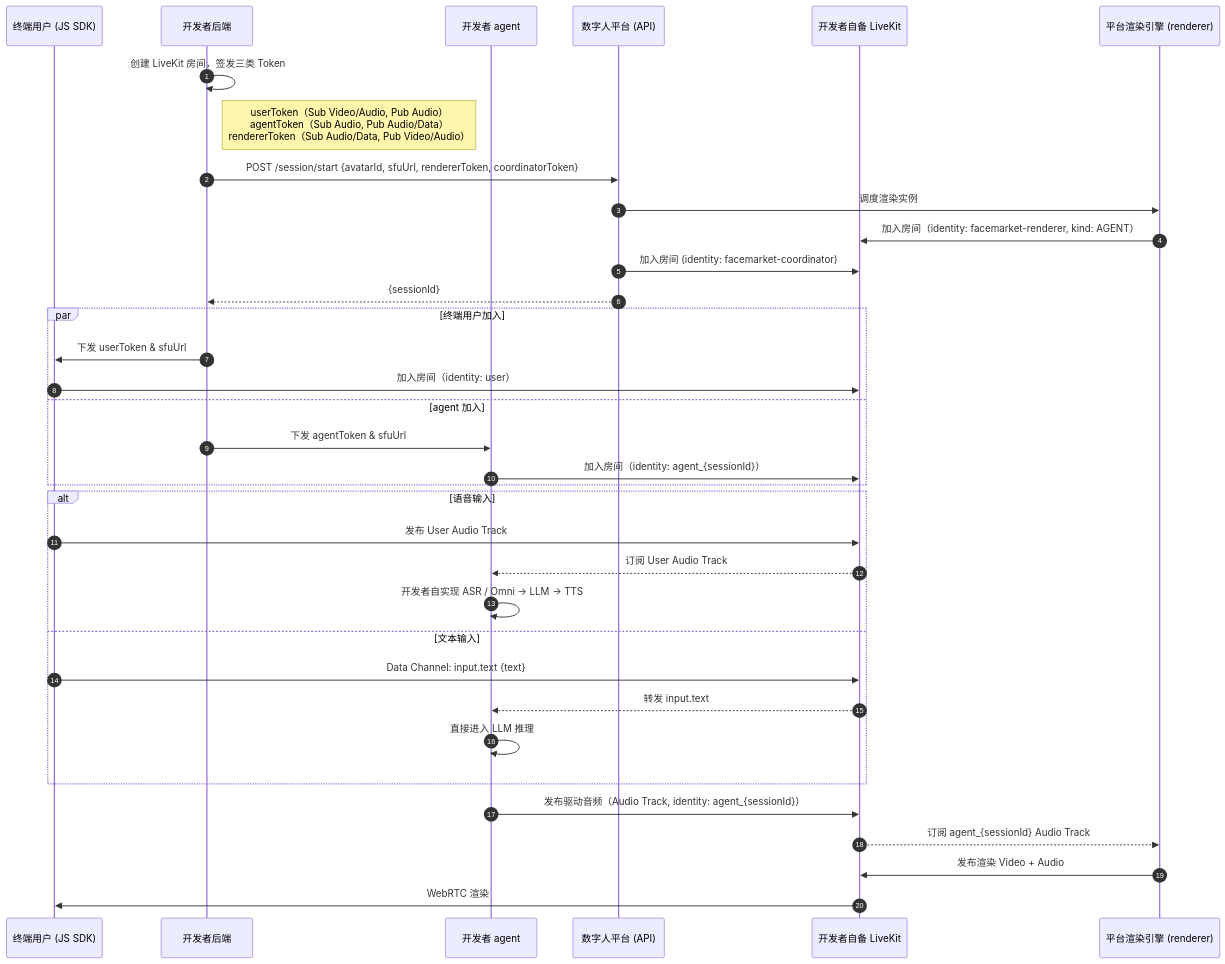
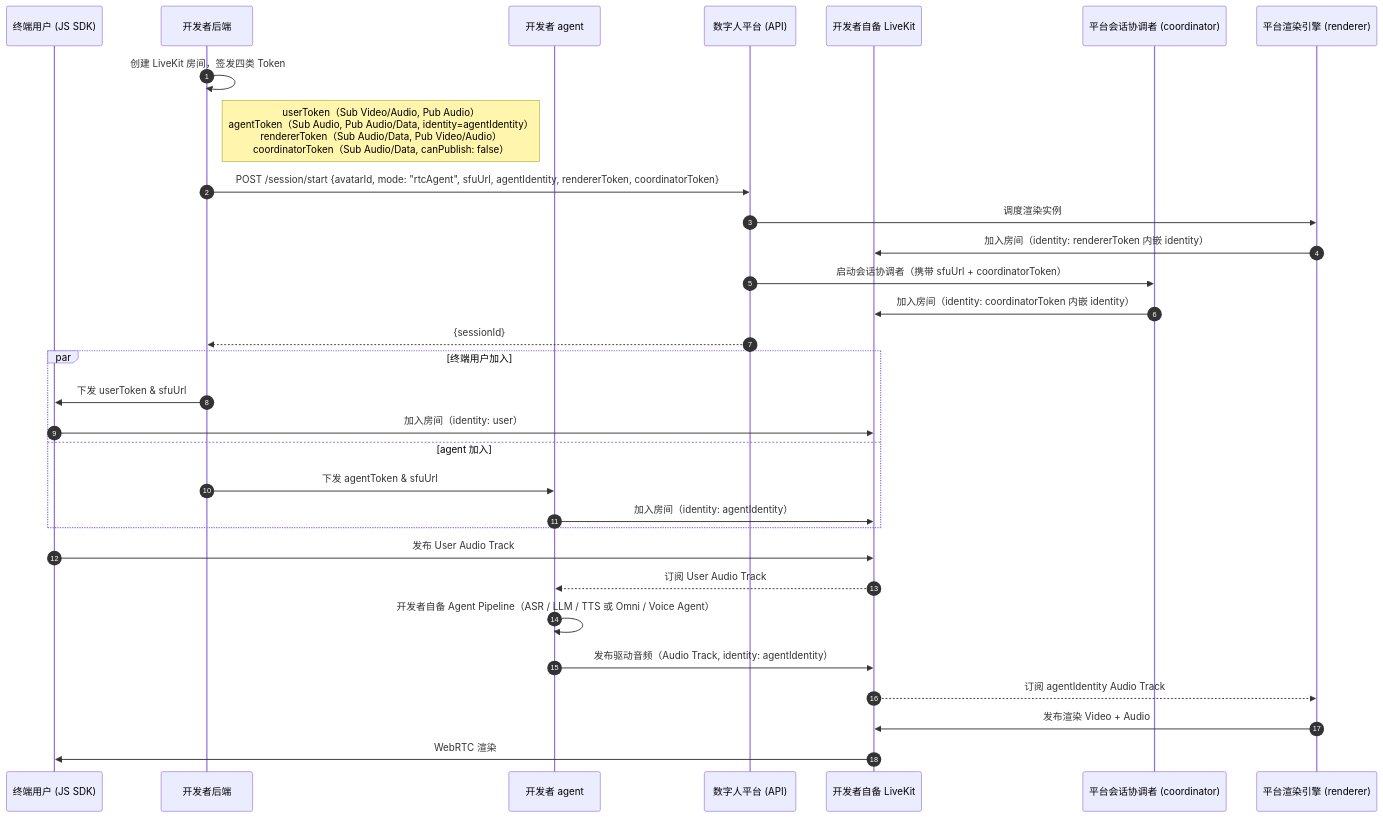
One commit to newportAI-lab/liveavatar-integration-guide changed the third of 3 diagrams in Live Avatar Integration Guide.zh-CN.md. Above: the diagram before and after it, drawn with Mermaid. The commit also changed other lines of this file and 2 other files, not shown here.

````diff
--- a/Live Avatar Integration Guide.zh-CN.md
+++ b/Live Avatar Integration Guide.zh-CN.md
@@ -510,42 +533,38 @@
 ```mermaid
 sequenceDiagram
     autonumber
     participant Client as 终端用户 (JS SDK)
     participant Backend as 开发者后端
     participant Agent as 开发者 agent
     participant Platform as 数字人平台 (API)
     participant DevLiveKit as 开发者自备 LiveKit
+    participant Coordinator as 平台会话协调者 (coordinator)
     participant Renderer as 平台渲染引擎 (renderer)
 
-    Backend->>Backend: 创建 LiveKit 房间，签发三类 Token
-    Note right of Backend: userToken（Sub Video/Audio, Pub Audio）<br/>agentToken（Sub Audio, Pub Audio/Data）<br/>rendererToken（Sub Audio/Data, Pub Video/Audio）
+    Backend->>Backend: 创建 LiveKit 房间，签发四类 Token
+    Note right of Backend: userToken（Sub Video/Audio, Pub Audio）<br/>agentToken（Sub Audio, Pub Audio/Data, identity=agentIdentity）<br/>rendererToken（Sub Audio/Data, Pub Video/Audio）<br/>coordinatorToken（Sub Audio/Data, canPublish: false）
 
-    Backend->>Platform: POST /session/start {avatarId, sfuUrl, rendererToken, coordinatorToken}
+    Backend->>Platform: POST /session/start {avatarId, mode: "rtcAgent", sfuUrl, agentIdentity, rendererToken, coordinatorToken}
     Platform->>Renderer: 调度渲染实例
-    Renderer->>DevLiveKit: 加入房间（identity: facemarket-renderer, kind: AGENT）
-    Platform->>DevLiveKit: 加入房间 (identity: facemarket-coordinator)
+    Renderer->>DevLiveKit: 加入房间（identity: rendererToken 内嵌 identity）
+    Platform->>Coordinator: 启动会话协调者（携带 sfuUrl + coordinatorToken）
+    Coordinator->>DevLiveKit: 加入房间（identity: coordinatorToken 内嵌 identity）
     Platform-->>Backend: {sessionId}
 
     par 终端用户加入
         Backend->>Client: 下发 userToken & sfuUrl
         Client->>DevLiveKit: 加入房间（identity: user）
     and agent 加入
         Backend->>Agent: 下发 agentToken & sfuUrl
-        Agent->>DevLiveKit: 加入房间（identity: agent_{sessionId}）
+        Agent->>DevLiveKit: 加入房间（identity: agentIdentity）
     end
 
-    alt 语音输入
-        Client->>DevLiveKit: 发布 User Audio Track
-        DevLiveKit-->>Agent: 订阅 User Audio Track
-        Agent->>Agent: 开发者自实现 ASR / Omni → LLM → TTS
-    else 文本输入
-        Client->>DevLiveKit: Data Channel: input.text {text}
-        DevLiveKit-->>Agent: 转发 input.text
-        Agent->>Agent: 直接进入 LLM 推理
-    end
+    Client->>DevLiveKit: 发布 User Audio Track
+    DevLiveKit-->>Agent: 订阅 User Audio Track
+    Agent->>Agent: 开发者自备 Agent Pipeline（ASR / LLM / TTS 或 Omni / Voice Agent）
 
-    Agent->>DevLiveKit: 发布驱动音频（Audio Track, identity: agent_{sessionId}）
-    DevLiveKit-->>Renderer: 订阅 agent_{sessionId} Audio Track
+    Agent->>DevLiveKit: 发布驱动音频（Audio Track, identity: agentIdentity）
+    DevLiveKit-->>Renderer: 订阅 agentIdentity Audio Track
     Renderer->>DevLiveKit: 发布渲染 Video + Audio
     DevLiveKit->>Client: WebRTC 渲染
 ```
````
